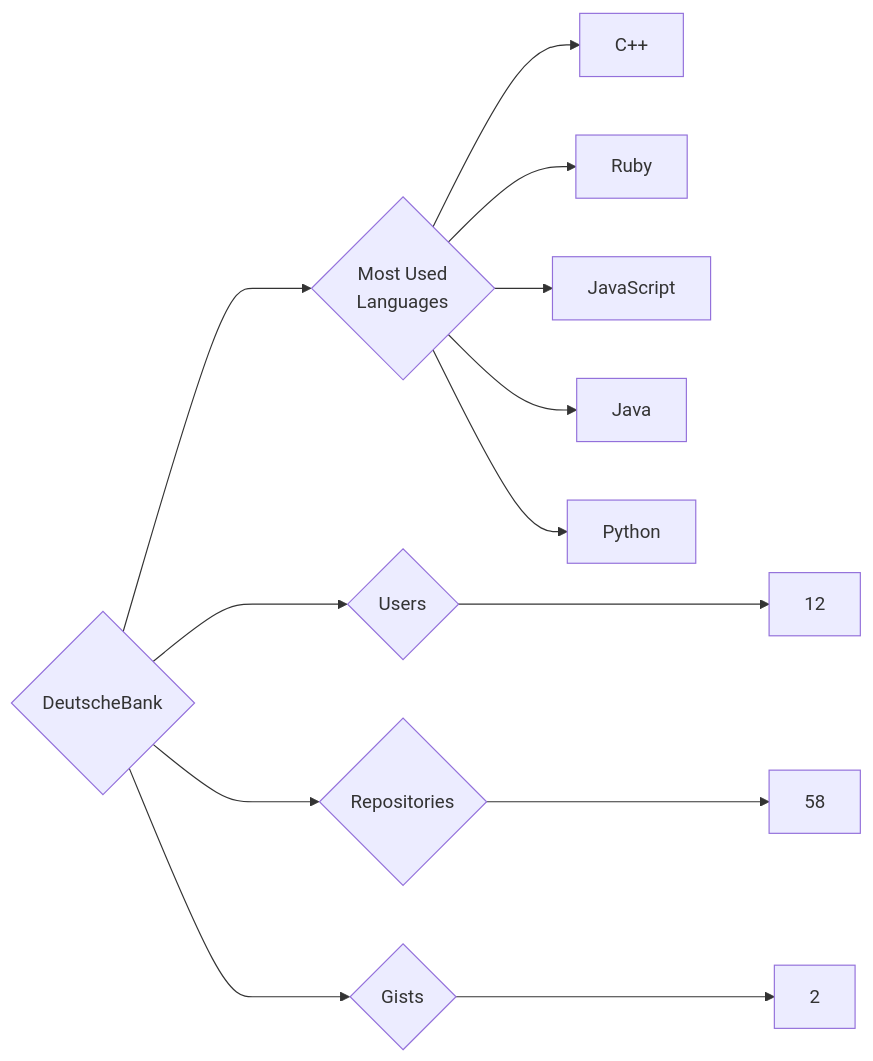
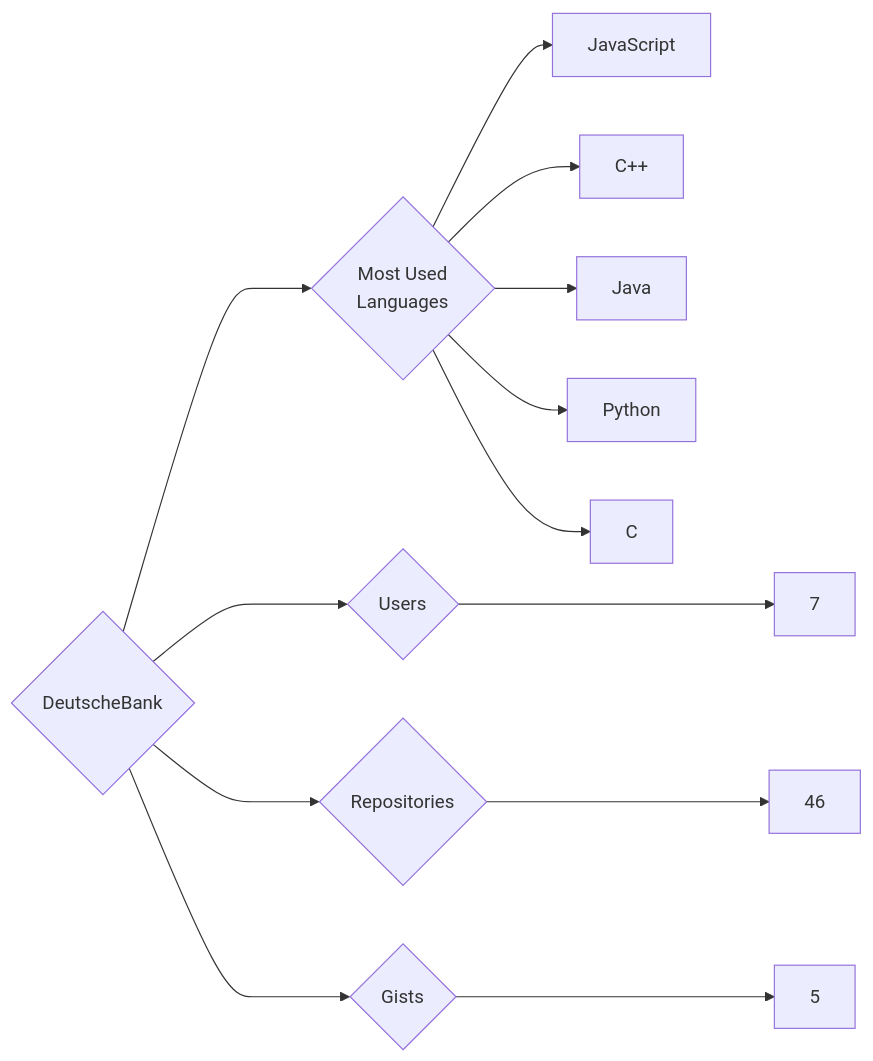
One commit to trickest/insiders changed the diagram in targets/DeutscheBank/README.md. Above: the diagram before and after it, drawn with Mermaid. The commit also changed 857 other files, not shown here.

````diff
--- a/targets/DeutscheBank/README.md
+++ b/targets/DeutscheBank/README.md
@@ -3,13 +3,13 @@
 ```mermaid
 graph LR
 COMPANY_NAME{DeutscheBank}
-COMPANY_NAME ---> U{Users} ---> UN[12]
-COMPANY_NAME ---> R{Repositories} ---> RN[58]
-COMPANY_NAME ---> G{Gists} ---> GN[2]
+COMPANY_NAME ---> U{Users} ---> UN[7]
+COMPANY_NAME ---> R{Repositories} ---> RN[46]
+COMPANY_NAME ---> G{Gists} ---> GN[5]
 COMPANY_NAME ---> ML{Most Used<br>Languages}
+ML --> JavaScript[JavaScript]
 ML --> C++[C++]
-ML --> Ruby[Ruby]
-ML --> JavaScript[JavaScript]
 ML --> Java[Java]
 ML --> Python[Python]
+ML --> C[C]
 ```
````
